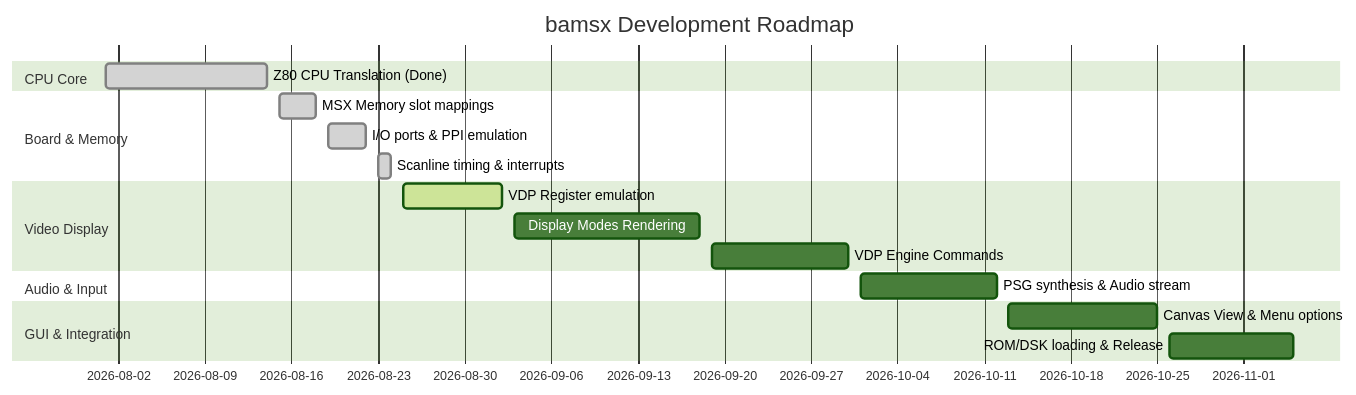
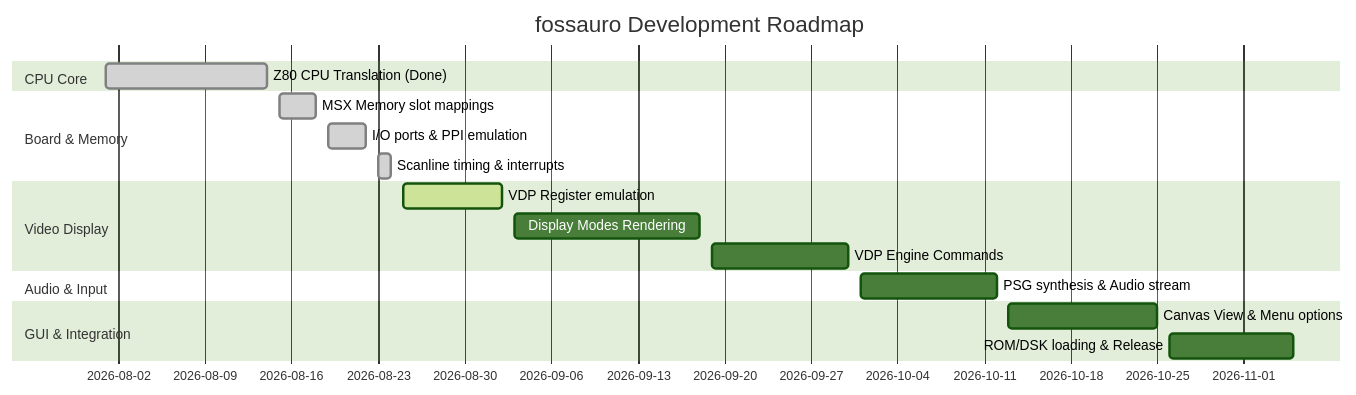
Before and after one commit to wilsonpilon/msxbasica: the diagram in fossauro/SPEC.md, drawn with Mermaid (forest theme). The commit also changed other lines of this file and 24 other files, not shown here.

````diff
--- a/fossauro/SPEC.md
+++ b/fossauro/SPEC.md
@@ -81,20 +81,20 @@
 ```mermaid
 gantt
-    title bamsx Development Roadmap
+    title fossauro Development Roadmap
     dateFormat  YYYY-MM-DD
     section CPU Core
     Z80 CPU Translation (Done)  :done, 2026-08-01, 2026-08-14
     section Board & Memory
     MSX Memory slot mappings    :done, 2026-08-15, 2026-08-18
     I/O ports & PPI emulation   :done, 2026-08-19, 2026-08-22
     Scanline timing & interrupts:done, 2026-08-23, 2026-08-24
     section Video Display
     VDP Register emulation      :active, 2026-08-25, 2026-09-02
     Display Modes Rendering     : 2026-09-03, 2026-09-18
     VDP Engine Commands         : 2026-09-19, 2026-09-30
     section Audio & Input
     PSG synthesis & Audio stream: 2026-10-01, 2026-10-12
     section GUI & Integration
     Canvas View & Menu options  : 2026-10-13, 2026-10-25
     ROM/DSK loading & Release   : 2026-10-26, 2026-11-05
 ```
````
